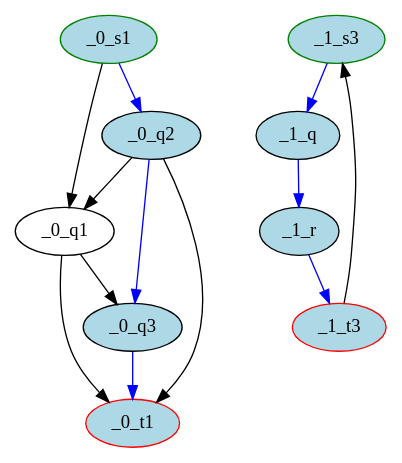
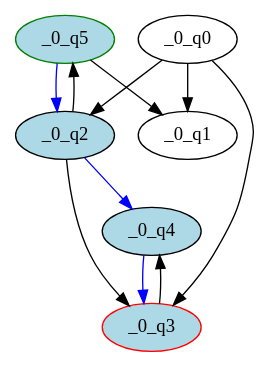
The diagram in sol/result-l3.dot (Yukiisama/CommunDistance_Solver_Z3), drawn with Graphviz before and after one commit. The commit also changed 6 other files, not shown here.

```diff
--- a/sol/result-l3.dot
+++ b/sol/result-l3.dot
@@ -1,23 +1,18 @@
 digraph Sol_Length3{
-_0_s1 [initial=1,color=green][style=filled,fillcolor=lightblue];
-_0_t1 [final=1,color=red][style=filled,fillcolor=lightblue];
+_0_q5 [initial=1,color=green][style=filled,fillcolor=lightblue];
+_0_q3 [final=1,color=red][style=filled,fillcolor=lightblue];
+_0_q0 ;
 _0_q1 ;
 _0_q2 [style=filled,fillcolor=lightblue];
-_0_q3 [style=filled,fillcolor=lightblue];
-_0_s1 -> _0_q1 ;
-_0_s1 -> _0_q2 [color=blue];
-_0_q1 -> _0_t1 ;
-_0_q1 -> _0_q3 ;
-_0_q2 -> _0_t1 ;
-_0_q2 -> _0_q1 ;
-_0_q2 -> _0_q3 [color=blue];
-_0_q3 -> _0_t1 [color=blue];
-_1_s3 [initial=1,color=green][style=filled,fillcolor=lightblue];
-_1_t3 [final=1,color=red][style=filled,fillcolor=lightblue];
-_1_q [style=filled,fillcolor=lightblue];
-_1_r [style=filled,fillcolor=lightblue];
-_1_s3 -> _1_q [color=blue];
-_1_t3 -> _1_s3 ;
-_1_q -> _1_r [color=blue];
-_1_r -> _1_t3 [color=blue];
+_0_q4 [style=filled,fillcolor=lightblue];
+_0_q5 -> _0_q1 ;
+_0_q5 -> _0_q2 [color=blue];
+_0_q3 -> _0_q4 ;
+_0_q0 -> _0_q3 ;
+_0_q0 -> _0_q1 ;
+_0_q0 -> _0_q2 ;
+_0_q2 -> _0_q5 ;
+_0_q2 -> _0_q3 ;
+_0_q2 -> _0_q4 [color=blue];
+_0_q4 -> _0_q3 [color=blue];
 }
```
